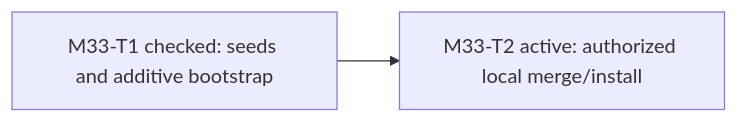
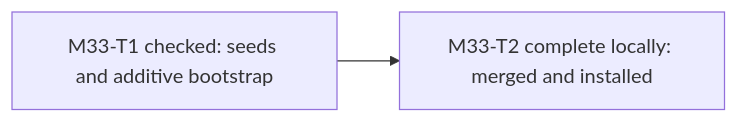
The first of 2 diagrams in examples/pm-project/ROADMAP.md (dm-uy/galaxica-sombrero), drawn with Mermaid before and after one commit. The commit also changed other lines of this file and 3 other files, not shown here.

````diff
--- a/examples/pm-project/ROADMAP.md
+++ b/examples/pm-project/ROADMAP.md
@@ -33,4 +33,4 @@
 ```mermaid
 flowchart LR
-    M33T1["M33-T1 checked: seeds and additive bootstrap"] --> M33T2["M33-T2 active: authorized local merge/install"]
+    M33T1["M33-T1 checked: seeds and additive bootstrap"] --> M33T2["M33-T2 complete locally: merged and installed"]
 ```
````
